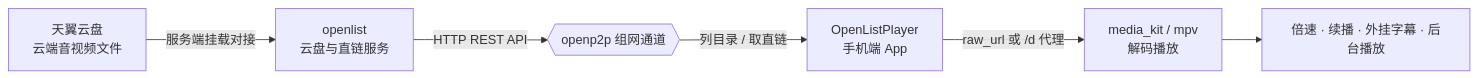
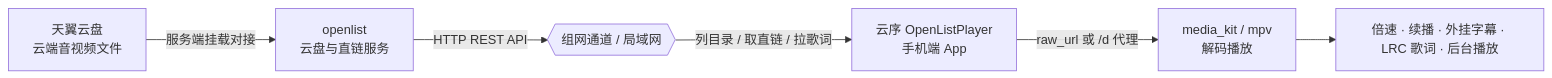
Before and after one commit to rocknio/OpenListPlayer: the diagram in README.md, drawn with Mermaid. The commit also changed other lines of this file and 1 other file, not shown here.

````diff
--- a/README.md
+++ b/README.md
@@ -40,8 +42,8 @@
 ```mermaid
 flowchart LR
     A[天翼云盘<br/>云端音视频文件] -->|服务端挂载对接| B[openlist<br/>云盘与直链服务]
-    B -->|HTTP REST API| C{{openp2p 组网通道}}
-    C -->|列目录 / 取直链| D[OpenListPlayer<br/>手机端 App]
+    B -->|HTTP REST API| C{{组网通道 / 局域网}}
+    C -->|列目录 / 取直链 / 拉歌词| D[云序 OpenListPlayer<br/>手机端 App]
     D -->|raw_url 或 /d 代理| E[media_kit / mpv<br/>解码播放]
-    E --> F[倍速 · 续播 · 外挂字幕 · 后台播放]
+    E --> F[倍速 · 续播 · 外挂字幕 · LRC 歌词 · 后台播放]
 ```
````
